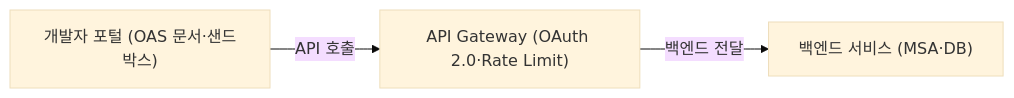
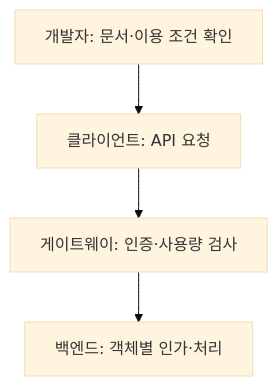
Before and after one commit to agnusdei1207/study: the first of 2 diagrams in src/content/docs/notes/itpe/02-software-engineering/022_open_api.md, drawn with Mermaid (base theme). The commit also changed other lines of this file, not shown here.

Commit message:
Correct Open API call flow and access control answer

````diff
--- a/src/content/docs/notes/itpe/02-software-engineering/022_open_api.md
+++ b/src/content/docs/notes/itpe/02-software-engineering/022_open_api.md
@@ -51,5 +51,6 @@
 ```mermaid
-flowchart LR
-    P["개발자 포털 (OAS 문서·샌드박스)"] -->|"API 호출"| G["API Gateway (OAuth 2.0·Rate Limit)"]
-    G -->|"백엔드 전달"| B["백엔드 서비스 (MSA·DB)"]
+flowchart TD
+    P["개발자: 문서·이용 조건 확인"] --> C["클라이언트: API 요청"]
+    C --> G["게이트웨이: 인증·사용량 검사"]
+    G --> B["백엔드: 객체별 인가·처리"]
 ```
````
